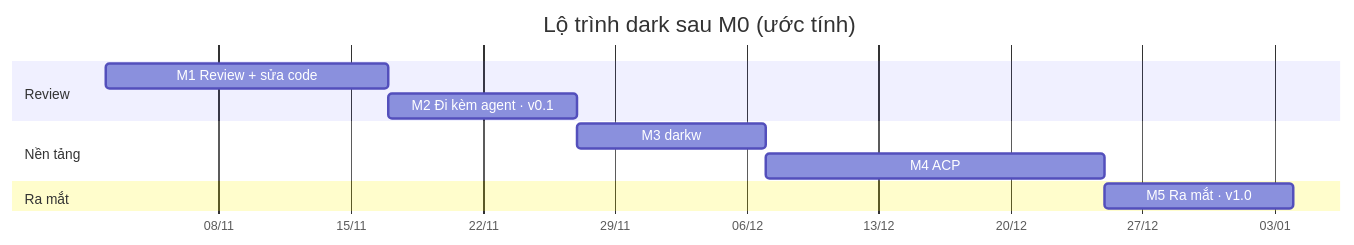
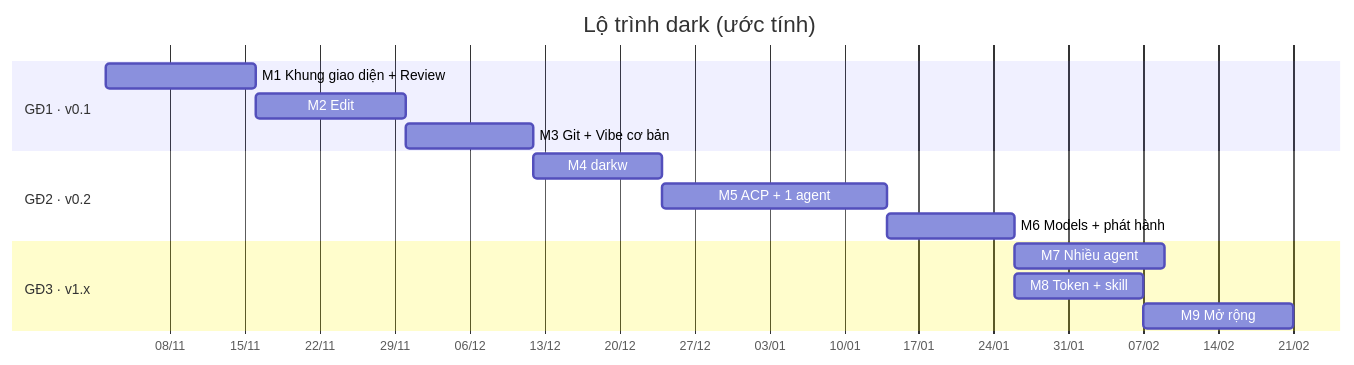
Before and after one commit to lhnhidev/dark: the diagram in docs/PLANNING.md, drawn with Mermaid. The commit also changed other lines of this file and 13 other files, not shown here.

Commit message:
docs: define seven-tab interface and roadmap

````diff
--- a/docs/PLANNING.md
+++ b/docs/PLANNING.md
@@ -41,14 +17,18 @@
 ```mermaid
 gantt
-    title Lộ trình dark sau M0 (ước tính)
+    title Lộ trình dark (ước tính)
     dateFormat  YYYY-MM-DD
     axisFormat  %d/%m
-    section Review
-    M1 Review + sửa code   :m1, 2026-11-02, 15d
-    M2 Đi kèm agent · v0.1 :m2, after m1, 10d
-    section Nền tảng
-    M3 darkw               :m3, after m2, 10d
-    M4 ACP                 :m4, after m3, 18d
-    section Ra mắt
-    M5 Ra mắt · v1.0       :m5, after m4, 10d
+    section GĐ1 · v0.1
+    M1 Khung giao diện + Review :m1, 2026-11-02, 14d
+    M2 Edit                     :m2, after m1, 14d
+    M3 Git + Vibe cơ bản        :m3, after m2, 12d
+    section GĐ2 · v0.2
+    M4 darkw                    :m4, after m3, 12d
+    M5 ACP + 1 agent            :m5, after m4, 21d
+    M6 Models + phát hành       :m6, after m5, 12d
+    section GĐ3 · v1.x
+    M7 Nhiều agent              :m7, after m6, 14d
+    M8 Token + skill            :m8, after m6, 12d
+    M9 Mở rộng                  :m9, after m8, 14d
 ```
````
